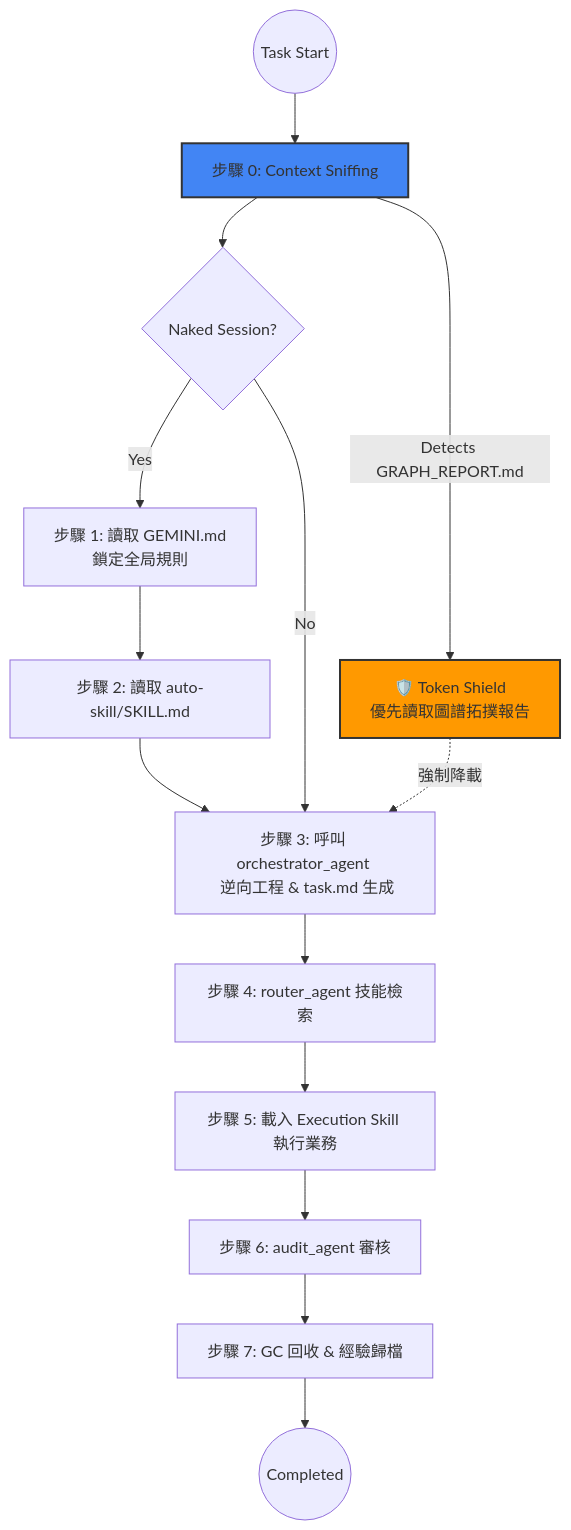
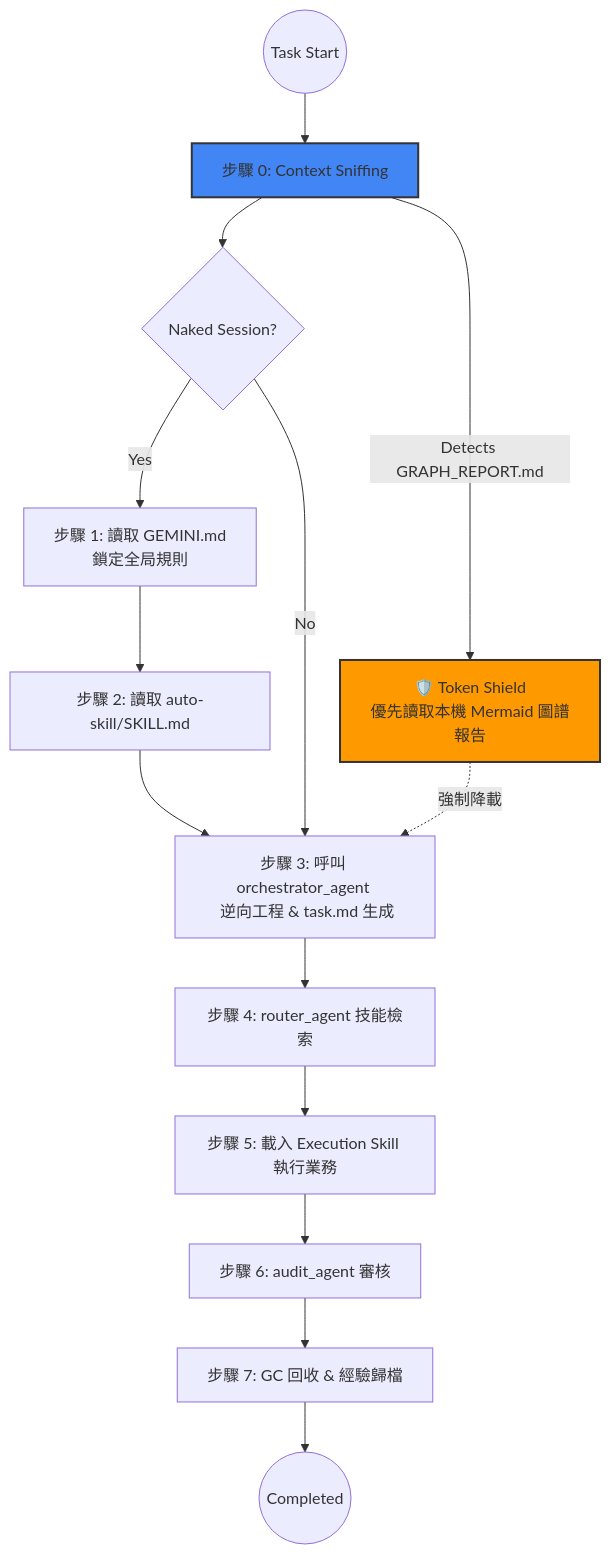
Before and after one commit to gumchee95/mose-framework: the diagram in README.md, drawn with Mermaid. The commit also changed other lines of this file and 2 other files, not shown here.

````diff
--- a/README.md
+++ b/README.md
@@ -38,22 +38,22 @@
 ```mermaid
 graph TD
     Start((Task Start)) --> Sniff[步驟 0: Context Sniffing]
     Sniff --> Check{Naked Session?}
     Check -- Yes --> S1[步驟 1: 讀取 GEMINI.md<br>鎖定全局規則]
     S1 --> S2[步驟 2: 讀取 auto-skill/SKILL.md]
     S2 --> S3
     Check -- No --> S3[步驟 3: 呼叫 orchestrator_agent <br/> 逆向工程 & task.md 生成]
     
-    %% Graphify Shield Injection
-    Sniff --> |Detects GRAPH_REPORT.md| Shield[🛡️ Token Shield<br/>優先讀取圖譜拓撲報告]
+    %% Token Shield Injection
+    Sniff --> |Detects GRAPH_REPORT.md| Shield[🛡️ Token Shield<br/>優先讀取本機 Mermaid 圖譜報告]
     Shield -. 強制降載 .-> S3
 
     S3 --> S4[步驟 4: router_agent 技能檢索]
     S4 --> S5[步驟 5: 載入 Execution Skill 執行業務]
     S5 --> S6[步驟 6: audit_agent 審核]
     S6 --> S7[步驟 7: GC 回收 & 經驗歸檔]
     S7 --> End((Completed))
 
     style Shield fill:#ff9900,stroke:#333,stroke-width:2px;
     style Sniff fill:#4285f4,stroke:#333,stroke-width:2px;
 ```
````
